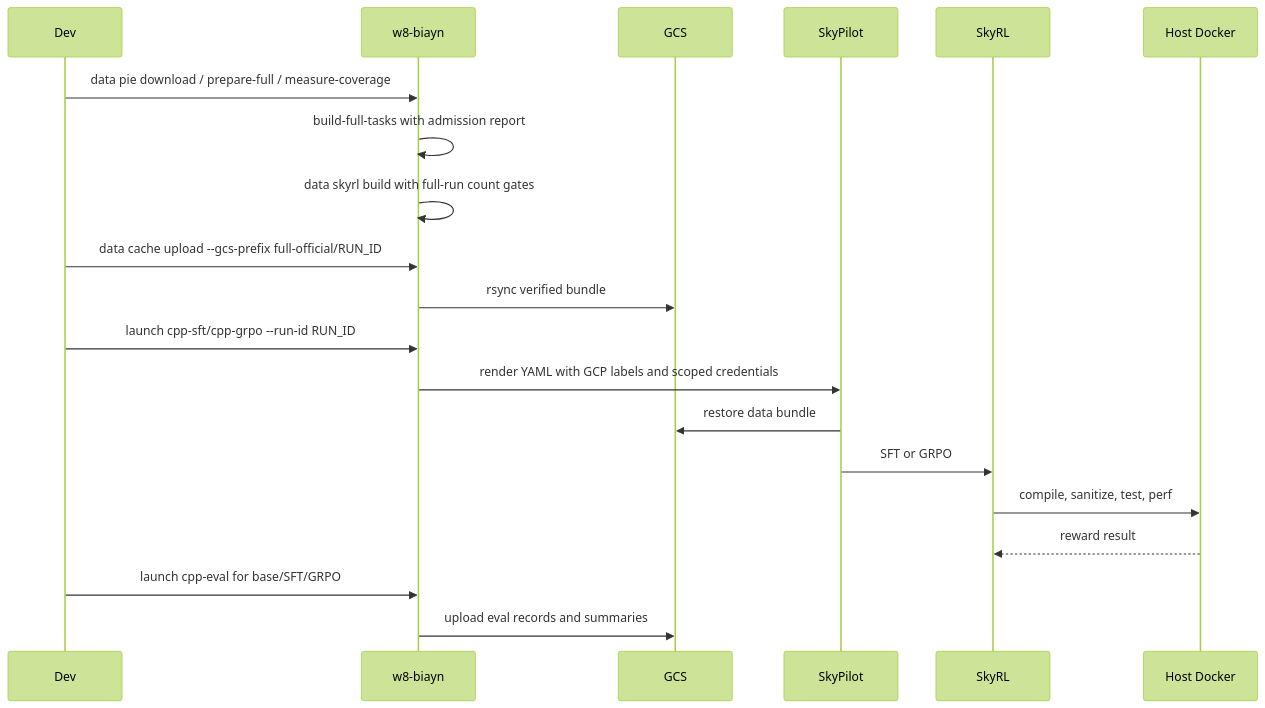
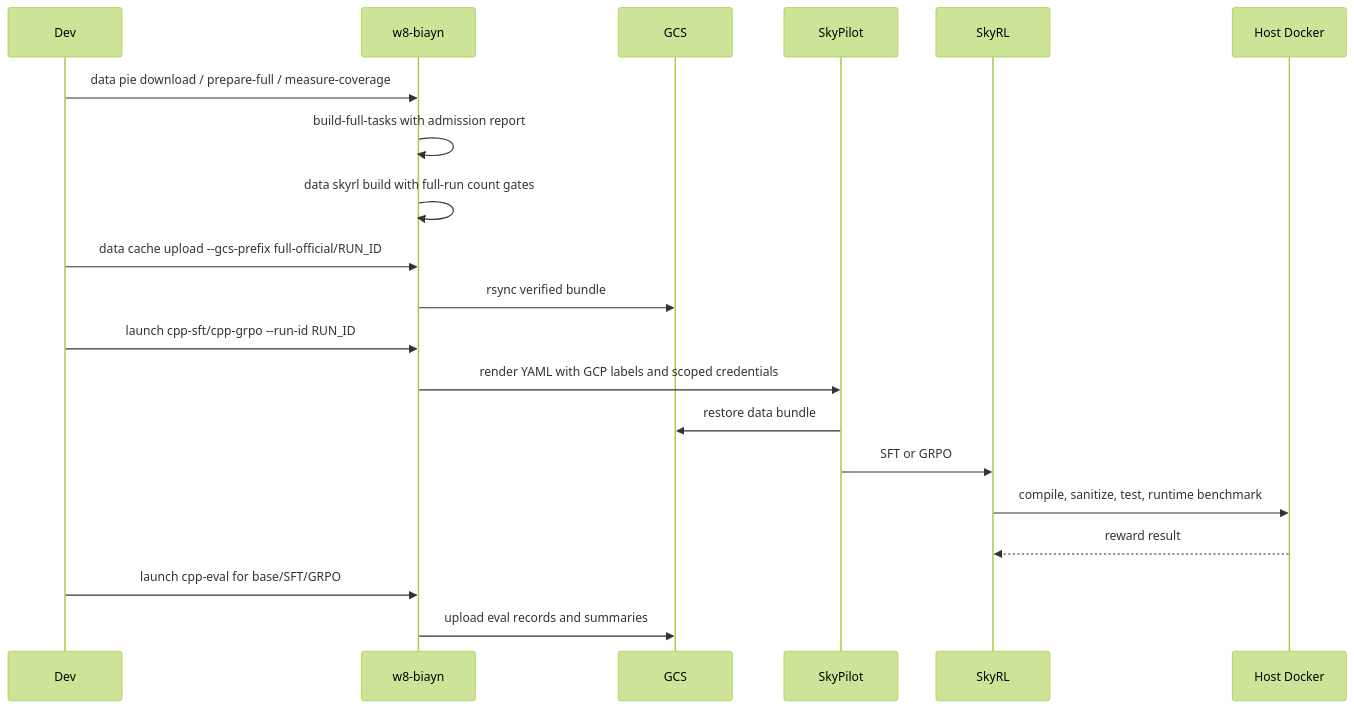
The second of 2 diagrams in README.md (sandys/browser-is-all-you-need), drawn with Mermaid (forest theme) before and after one commit. The commit also changed other lines of this file and 37 other files, not shown here.

````diff
--- a/README.md
+++ b/README.md
@@ -40,23 +40,23 @@
 ```mermaid
 sequenceDiagram
   participant Dev
   participant CLI as w8-biayn
   participant GCS
   participant Sky as SkyPilot
   participant SkyRL
   participant Docker as Host Docker
 
   Dev->>CLI: data pie download / prepare-full / measure-coverage
   CLI->>CLI: build-full-tasks with admission report
   CLI->>CLI: data skyrl build with full-run count gates
   Dev->>CLI: data cache upload --gcs-prefix full-official/RUN_ID
   CLI->>GCS: rsync verified bundle
   Dev->>CLI: launch cpp-sft/cpp-grpo --run-id RUN_ID
   CLI->>Sky: render YAML with GCP labels and scoped credentials
   Sky->>GCS: restore data bundle
   Sky->>SkyRL: SFT or GRPO
-  SkyRL->>Docker: compile, sanitize, test, perf
+  SkyRL->>Docker: compile, sanitize, test, runtime benchmark
   Docker-->>SkyRL: reward result
   Dev->>CLI: launch cpp-eval for base/SFT/GRPO
   CLI->>GCS: upload eval records and summaries
 ```
````
